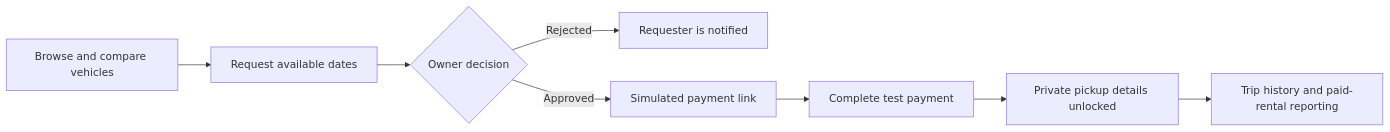
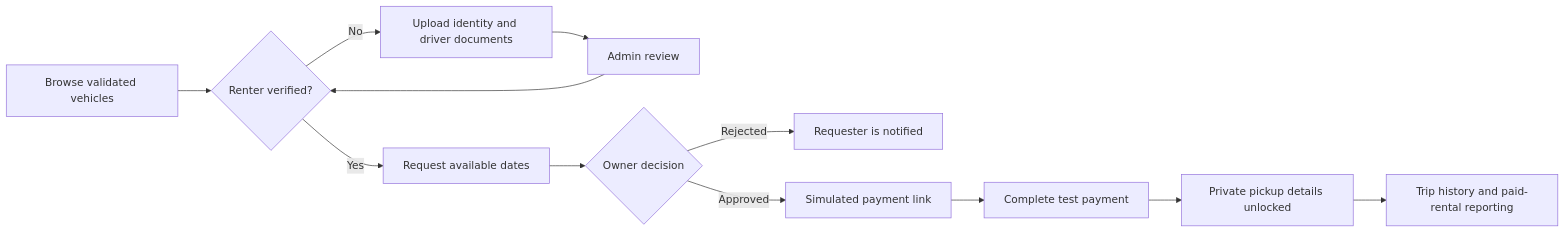
Before and after one commit to HasanOmar1/Nova-Rents: the diagram in README.md, drawn with Mermaid. The commit also changed other lines of this file, not shown here.

````diff
--- a/README.md
+++ b/README.md
@@ -11,10 +11,14 @@
 ```mermaid
 flowchart LR
-    A[Browse and compare vehicles] --> B[Request available dates]
-    B --> C{Owner decision}
-    C -->|Rejected| D[Requester is notified]
-    C -->|Approved| E[Simulated payment link]
-    E --> F[Complete test payment]
-    F --> G[Private pickup details unlocked]
-    G --> H[Trip history and paid-rental reporting]
+    A[Browse validated vehicles] --> B{Renter verified?}
+    B -->|No| C[Upload identity and driver documents]
+    C --> D[Admin review]
+    D --> B
+    B -->|Yes| E[Request available dates]
+    E --> F{Owner decision}
+    F -->|Rejected| G[Requester is notified]
+    F -->|Approved| H[Simulated payment link]
+    H --> I[Complete test payment]
+    I --> J[Private pickup details unlocked]
+    J --> K[Trip history and paid-rental reporting]
 ```
````
